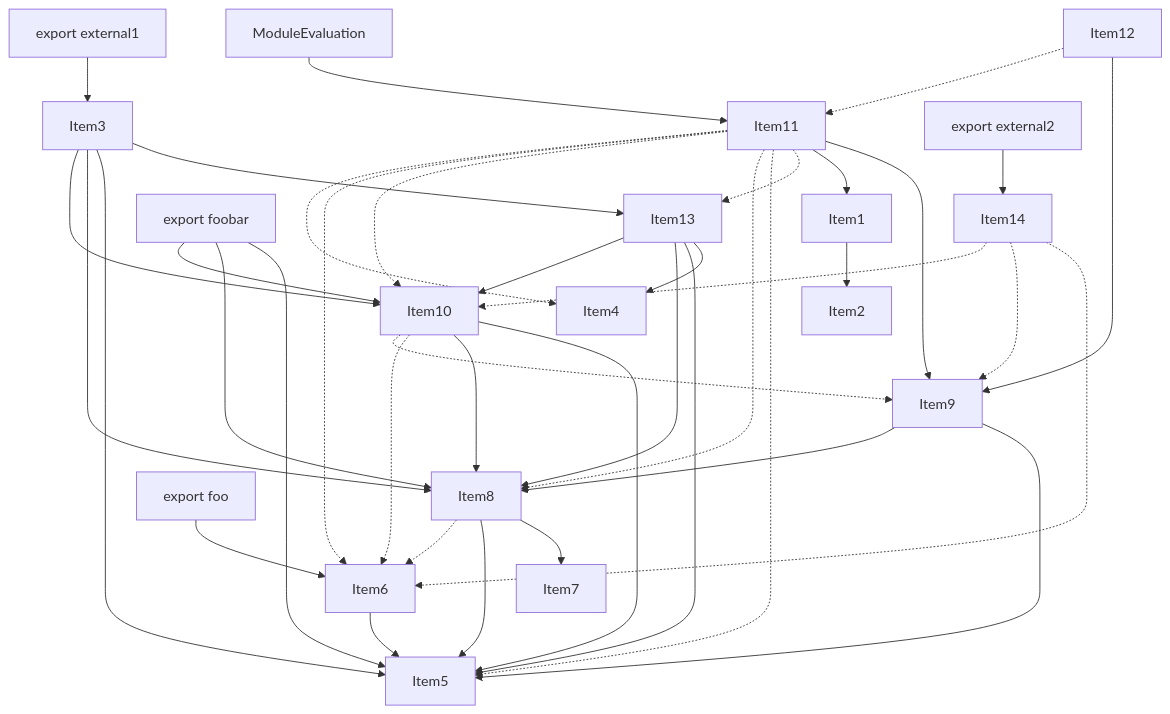
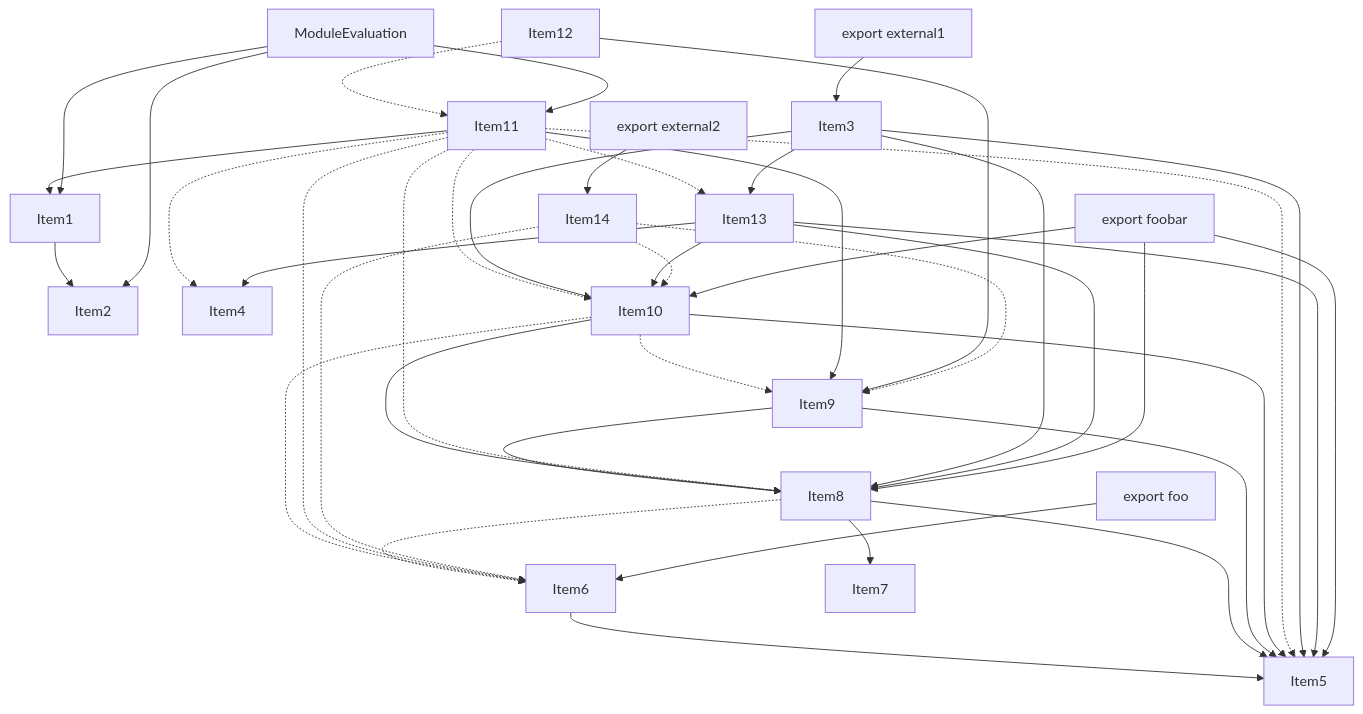
The fourth of 5 diagrams in crates/turbopack-ecmascript/tests/tree-shaker/analyzer/2/output.md (vercel/turborepo), drawn with Mermaid before and after one commit. The commit also changed 2 other files, not shown here.

Commit message:
Update test refs

````diff
--- a/crates/turbopack-ecmascript/tests/tree-shaker/analyzer/2/output.md
+++ b/crates/turbopack-ecmascript/tests/tree-shaker/analyzer/2/output.md
@@ -288,66 +288,68 @@
 ```mermaid
 graph TD
     Item3;
     Item2;
     Item4;
     Item5;
     Item6;
     Item7;
     Item8;
     Item9;
     Item10;
     Item11;
     Item12;
     Item13;
     Item14;
     Item1;
     Item15;
     Item15["ModuleEvaluation"];
     Item16;
     Item16["export external1"];
     Item17;
     Item17["export foobar"];
     Item18;
     Item18["export foo"];
     Item19;
     Item19["export external2"];
     Item1 --> Item2;
     Item6 --> Item5;
     Item8 --> Item7;
     Item8 --> Item5;
     Item8 -.-> Item6;
     Item9 --> Item5;
     Item9 --> Item8;
     Item10 --> Item5;
     Item10 --> Item8;
     Item10 -.-> Item6;
     Item10 -.-> Item9;
     Item11 --> Item9;
     Item11 --> Item1;
     Item11 -.-> Item13;
     Item11 -.-> Item5;
     Item11 -.-> Item8;
     Item11 -.-> Item10;
     Item11 -.-> Item6;
     Item11 -.-> Item4;
     Item12 --> Item9;
     Item12 -.-> Item11;
     Item3 --> Item13;
     Item3 --> Item5;
     Item3 --> Item8;
     Item3 --> Item10;
     Item13 --> Item4;
     Item13 --> Item5;
     Item13 --> Item8;
     Item13 --> Item10;
     Item14 -.-> Item6;
     Item14 -.-> Item9;
     Item14 -.-> Item10;
+    Item15 --> Item2;
+    Item15 --> Item1;
     Item15 --> Item11;
     Item16 --> Item3;
     Item17 --> Item5;
     Item17 --> Item8;
     Item17 --> Item10;
     Item18 --> Item6;
     Item19 --> Item14;
 ```
````
